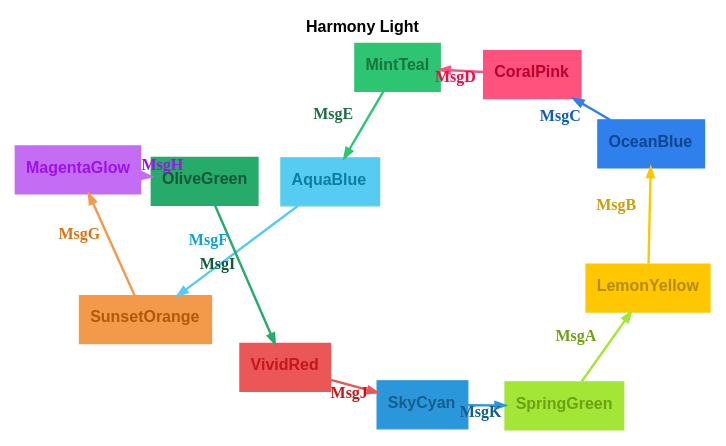
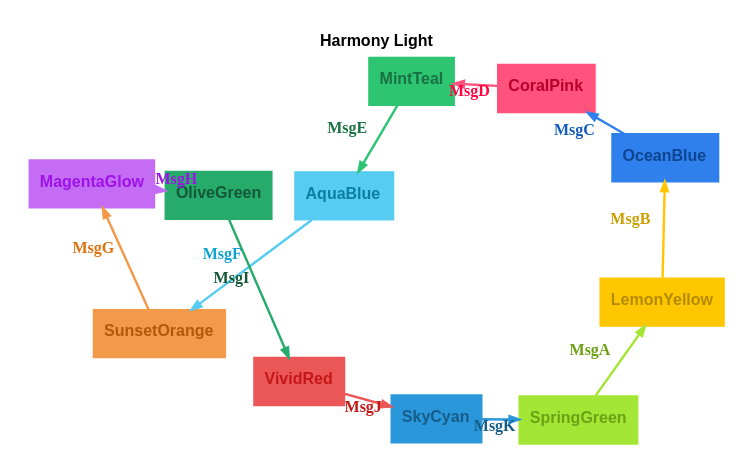
The diagram in renders/themes/harmony-light.dot (m-bock/purescript-transit), drawn with Graphviz before and after one commit. The commit also changed 40 other files, not shown here.

```diff
--- a/renders/themes/harmony-light.dot
+++ b/renders/themes/harmony-light.dot
@@ -1,27 +1,27 @@
 digraph 
 {
-rankdir = "TD";fontname = "Arial";label = <<b>Harmony Light</b>>;labelloc = "t";fontsize = 12;bgcolor = "#ffffff";color = "#000000";fontcolor = "#000000"
+rankdir = "TD";fontname = "Arial";label = <<b>Harmony Light</b>>;labelloc = "t";fontsize = 12;bgcolor = "#ffffff";color = "#000000";fontcolor = "#000000";pad = 0.2
 graph [layout=sfdp;overlap=false, K=2.5, repulsiveforce=4, splines=true];
 SpringGreen [shape = "box", label = <<b>SpringGreen</b>>, fontsize = 12, style = "filled", fillcolor = "#a3e635", fontcolor = "#6ca114", color = "#a3e635", fontname = "Arial", labelloc = "c", penwidth = 1.0]
 SpringGreen -> LemonYellow [color = "#a3e635", fontcolor = "#6ca114", fontsize = 12, arrowsize = "0.7", label = <<b>MsgA</b>>, penwidth = 1.8]
 LemonYellow [shape = "box", label = <<b>LemonYellow</b>>, fontsize = 12, style = "filled", fillcolor = "#ffc700", fontcolor = "#b38b00", color = "#ffc700", fontname = "Arial", labelloc = "c", penwidth = 1.0]
 LemonYellow -> OceanBlue [color = "#ffc700", fontcolor = "#cc9f00", fontsize = 12, arrowsize = "0.7", label = <<b>MsgB</b>>, penwidth = 1.8]
 OceanBlue [shape = "box", label = <<b>OceanBlue</b>>, fontsize = 12, style = "filled", fillcolor = "#2f80ed", fontcolor = "#0c4590", color = "#2f80ed", fontname = "Arial", labelloc = "c", penwidth = 1.0]
 OceanBlue -> CoralPink [color = "#2f80ed", fontcolor = "#115bbf", fontsize = 12, arrowsize = "0.7", label = <<b>MsgC</b>>, penwidth = 1.8]
 CoralPink [shape = "box", label = <<b>CoralPink</b>>, fontsize = 12, style = "filled", fillcolor = "#ff527c", fontcolor = "#b8002c", color = "#ff527c", fontname = "Arial", labelloc = "c", penwidth = 1.0]
 CoralPink -> MintTeal [color = "#ff527c", fontcolor = "#ff0642", fontsize = 12, arrowsize = "0.7", label = <<b>MsgD</b>>, penwidth = 1.8]
 MintTeal [shape = "box", label = <<b>MintTeal</b>>, fontsize = 12, style = "filled", fillcolor = "#2dc472", fontcolor = "#1a7142", color = "#2dc472", fontname = "Arial", labelloc = "c", penwidth = 1.0]
 MintTeal -> AquaBlue [color = "#2dc472", fontcolor = "#1a7142", fontsize = 12, arrowsize = "0.7", label = <<b>MsgE</b>>, penwidth = 1.8]
 AquaBlue [shape = "box", label = <<b>AquaBlue</b>>, fontsize = 12, style = "filled", fillcolor = "#56ccf2", fontcolor = "#0d7ea2", color = "#56ccf2", fontname = "Arial", labelloc = "c", penwidth = 1.0]
 AquaBlue -> SunsetOrange [color = "#56ccf2", fontcolor = "#10a3d2", fontsize = 12, arrowsize = "0.7", label = <<b>MsgF</b>>, penwidth = 1.8]
 SunsetOrange [shape = "box", label = <<b>SunsetOrange</b>>, fontsize = 12, style = "filled", fillcolor = "#f2994a", fontcolor = "#b0590d", color = "#f2994a", fontname = "Arial", labelloc = "c", penwidth = 1.0]
 SunsetOrange -> MagentaGlow [color = "#f2994a", fontcolor = "#e07210", fontsize = 12, arrowsize = "0.7", label = <<b>MsgG</b>>, penwidth = 1.8]
 MagentaGlow [shape = "box", label = <<b>MagentaGlow</b>>, fontsize = 12, style = "filled", fillcolor = "#c56cf4", fontcolor = "#9e12e8", color = "#c56cf4", fontname = "Arial", labelloc = "c", penwidth = 1.0]
 MagentaGlow -> OliveGreen [color = "#c56cf4", fontcolor = "#9e12e8", fontsize = 12, arrowsize = "0.7", label = <<b>MsgH</b>>, penwidth = 1.8]
 OliveGreen [shape = "box", label = <<b>OliveGreen</b>>, fontsize = 12, style = "filled", fillcolor = "#26ab6b", fontcolor = "#145837", color = "#26ab6b", fontname = "Arial", labelloc = "c", penwidth = 1.0]
 OliveGreen -> VividRed [color = "#26ab6b", fontcolor = "#145837", fontsize = 12, arrowsize = "0.7", label = <<b>MsgI</b>>, penwidth = 1.8]
 VividRed [shape = "box", label = <<b>VividRed</b>>, fontsize = 12, style = "filled", fillcolor = "#eb5757", fontcolor = "#c41717", color = "#eb5757", fontname = "Arial", labelloc = "c", penwidth = 1.0]
 VividRed -> SkyCyan [color = "#eb5757", fontcolor = "#c41717", fontsize = 12, arrowsize = "0.7", label = <<b>MsgJ</b>>, penwidth = 1.8]
 SkyCyan [shape = "box", label = <<b>SkyCyan</b>>, fontsize = 12, style = "filled", fillcolor = "#2b97db", fontcolor = "#175d89", color = "#2b97db", fontname = "Arial", labelloc = "c", penwidth = 1.0]
 SkyCyan -> SpringGreen [color = "#2b97db", fontcolor = "#175d89", fontsize = 12, arrowsize = "0.7", label = <<b>MsgK</b>>, penwidth = 1.8]
 }
```
